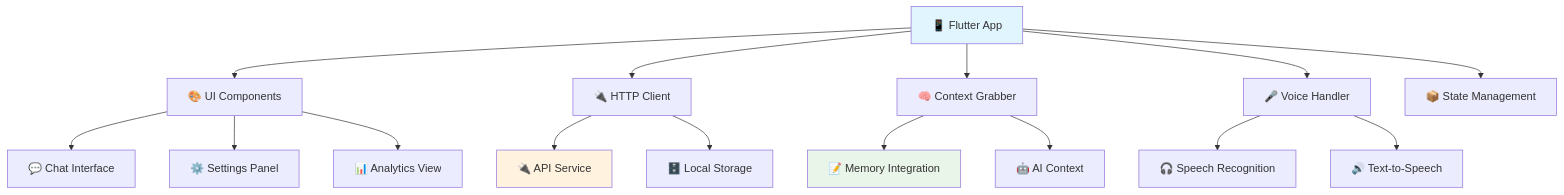
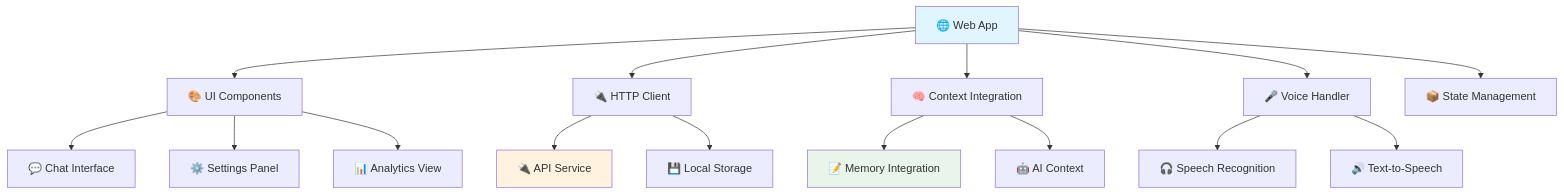
Before and after one commit to TheusHen/roommate: the second of 22 diagrams in docs/architecture.md, drawn with Mermaid. The commit also changed other lines of this file and 8 other files, not shown here.

Commit message:
Update docs to reflect Flutter to web migration

````diff
--- a/docs/architecture.md
+++ b/docs/architecture.md
@@ -90,25 +87,25 @@
 ```mermaid
 graph TD
-    A[📱 Flutter App] --> B[🎨 UI Components]
+    A[🌐 Web App] --> B[🎨 UI Components]
     A --> C[🔌 HTTP Client]
-    A --> D[🧠 Context Grabber]
+    A --> D[🧠 Context Integration]
     A --> E[🎤 Voice Handler]
     A --> F[📦 State Management]
     
     B --> G[💬 Chat Interface]
     B --> H[⚙️ Settings Panel]
     B --> I[📊 Analytics View]
     
     C --> J[🔌 API Service]
-    C --> K[🗄️ Local Storage]
+    C --> K[💾 Local Storage]
     
     D --> L[📝 Memory Integration]
     D --> M[🤖 AI Context]
     
     E --> N[🎧 Speech Recognition]
     E --> O[🔊 Text-to-Speech]
     
     style A fill:#e1f5fe
     style J fill:#fff3e0
     style L fill:#e8f5e8
 ```
````
